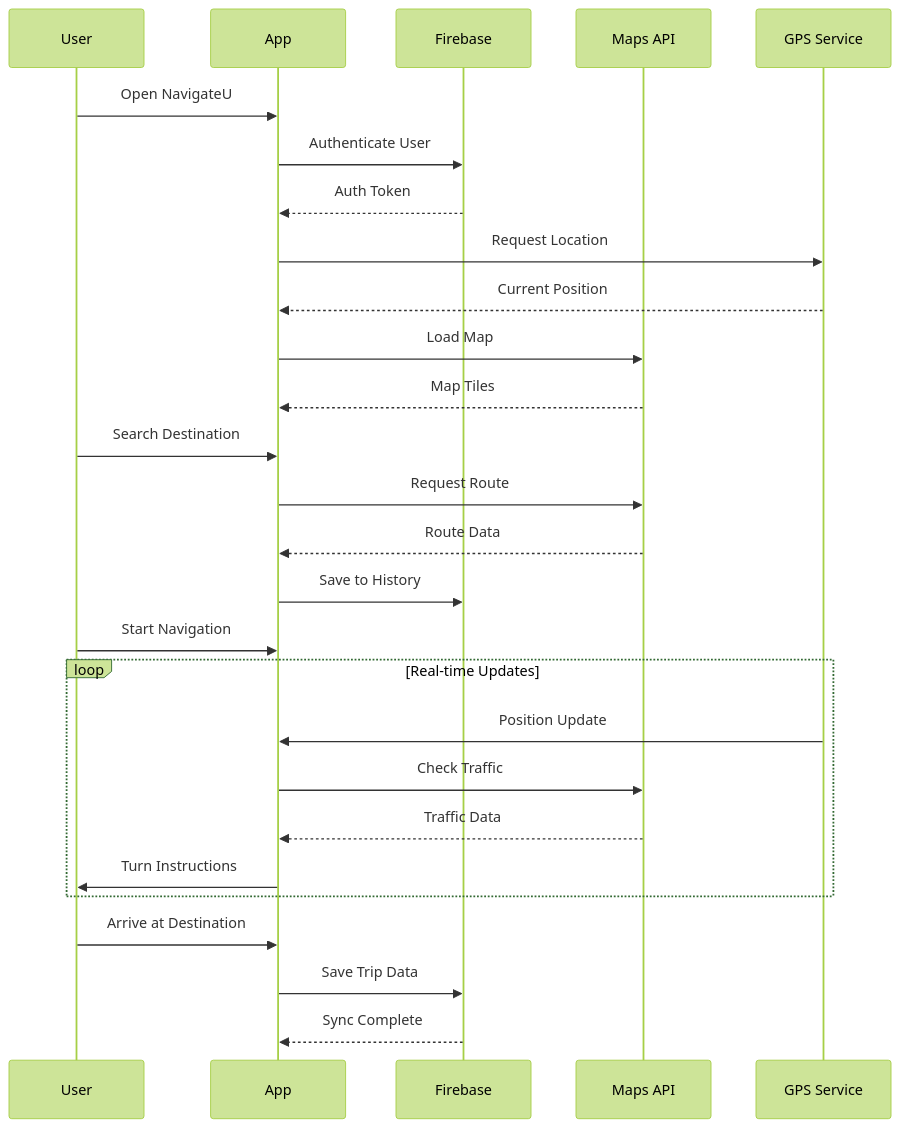
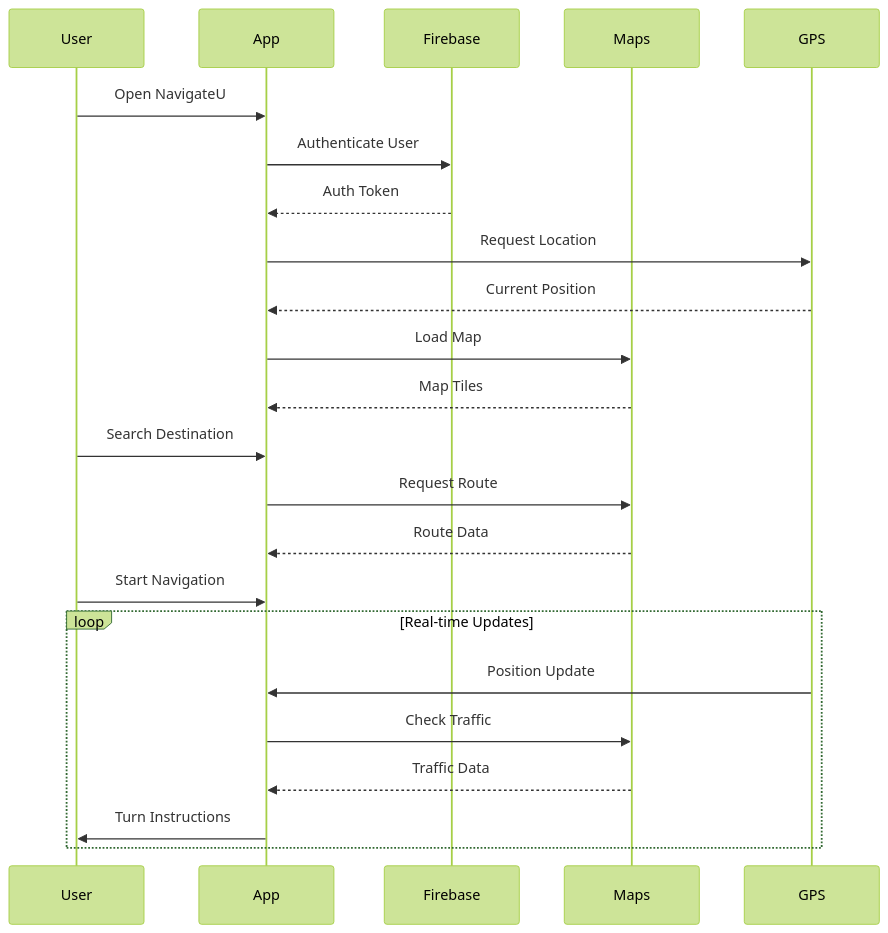
The second of 4 diagrams in README.md (neutron420/NavigateU), drawn with Mermaid (forest theme) before and after one commit. The commit also changed other lines of this file, not shown here.

````diff
--- a/README.md
+++ b/README.md
@@ -138,33 +110,28 @@
 ```mermaid
 sequenceDiagram
-    participant U as User
-    participant A as App
-    participant F as Firebase
-    participant M as Maps API
-    participant G as GPS Service
+    participant User
+    participant App
+    participant Firebase
+    participant Maps
+    participant GPS
     
-    U->>A: Open NavigateU
-    A->>F: Authenticate User
-    F-->>A: Auth Token
-    A->>G: Request Location
-    G-->>A: Current Position
-    A->>M: Load Map
-    M-->>A: Map Tiles
+    User->>App: Open NavigateU
+    App->>Firebase: Authenticate User
+    Firebase-->>App: Auth Token
+    App->>GPS: Request Location
+    GPS-->>App: Current Position
+    App->>Maps: Load Map
+    Maps-->>App: Map Tiles
     
-    U->>A: Search Destination
-    A->>M: Request Route
-    M-->>A: Route Data
-    A->>F: Save to History
+    User->>App: Search Destination
+    App->>Maps: Request Route
+    Maps-->>App: Route Data
     
-    U->>A: Start Navigation
+    User->>App: Start Navigation
     loop Real-time Updates
-        G->>A: Position Update
-        A->>M: Check Traffic
-        M-->>A: Traffic Data
-        A->>U: Turn Instructions
+        GPS->>App: Position Update
+        App->>Maps: Check Traffic
+        Maps-->>App: Traffic Data
+        App->>User: Turn Instructions
     end
-    
-    U->>A: Arrive at Destination
-    A->>F: Save Trip Data
-    F-->>A: Sync Complete
 ```
````
